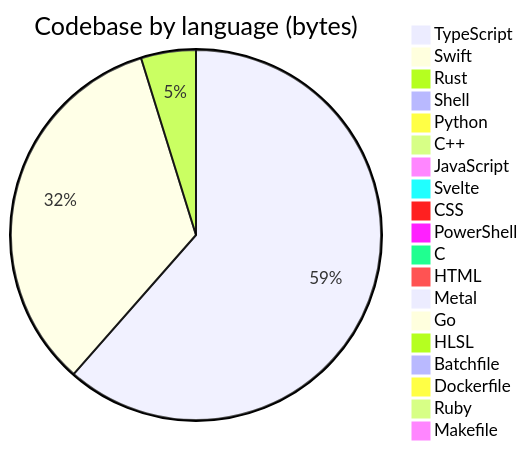
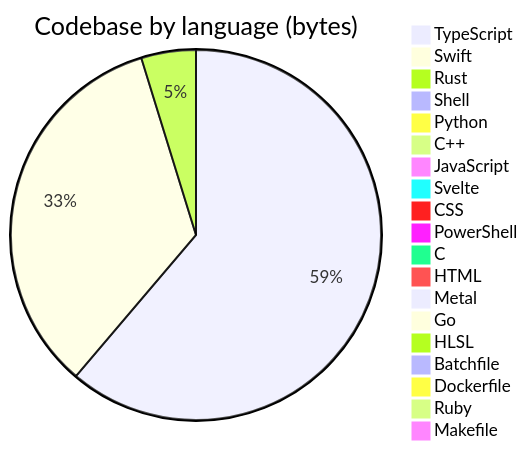
The diagram in profile/README.md (Open330/.github), drawn with Mermaid before and after one commit. The commit also changed other lines of this file, not shown here.

````diff
--- a/profile/README.md
+++ b/profile/README.md
@@ -130,22 +130,22 @@
 ```mermaid
 pie title Codebase by language (bytes)
     "TypeScript" : 34493965
-    "Swift" : 18921578
+    "Swift" : 19164868
     "Rust" : 2688000
-    "Shell" : 507308
-    "Python" : 443148
+    "Shell" : 519312
+    "Python" : 502476
     "C++" : 388775
     "JavaScript" : 368493
     "Svelte" : 143451
     "CSS" : 143226
     "PowerShell" : 128198
     "C" : 114143
     "HTML" : 55101
     "Metal" : 33033
     "Go" : 22811
     "HLSL" : 7527
     "Batchfile" : 5870
     "Dockerfile" : 4893
     "Ruby" : 1554
     "Makefile" : 1150
 ```
````
